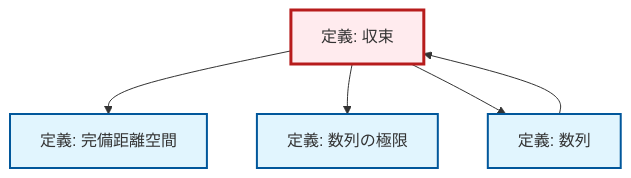
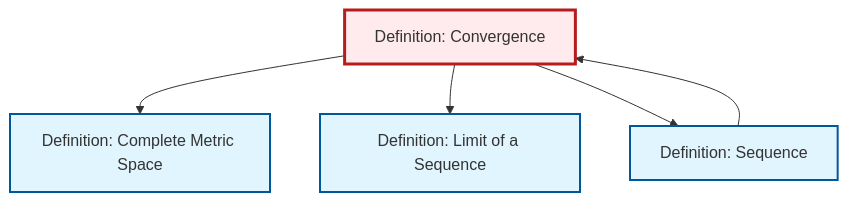
The diagram in content/ja/analysis/def-convergence.qmd (RK0429/ModernMath), drawn with Mermaid before and after one commit. The commit also changed 203 other files, not shown here.

````diff
--- a/content/ja/analysis/def-convergence.qmd
+++ b/content/ja/analysis/def-convergence.qmd
@@ -77,22 +77,18 @@
 ```{mermaid}
-%%| fig-cap: "ローカル依存関係グラフ"
+%%| fig-cap: "Local dependency graph"
 graph TD
     classDef definition fill:#e1f5fe,stroke:#01579b,stroke-width:2px
     classDef theorem fill:#f3e5f5,stroke:#4a148c,stroke-width:2px
     classDef axiom fill:#fff3e0,stroke:#e65100,stroke-width:2px
     classDef example fill:#e8f5e9,stroke:#1b5e20,stroke-width:2px
     classDef current fill:#ffebee,stroke:#b71c1c,stroke-width:3px
-    def-complete-metric-space["定義: 完備距離空間"]:::definition
-    def-limit["定義: 数列の極限"]:::definition
-    def-convergence["定義: 収束"]:::definition
-    def-sequence["定義: 数列"]:::definition
+    def-complete-metric-space["Definition: Complete Metric Space"]:::definition
+    def-limit["Definition: Limit of a Sequence"]:::definition
+    def-convergence["Definition: Convergence"]:::definition
+    def-sequence["Definition: Sequence"]:::definition
     def-convergence --> def-complete-metric-space
     def-convergence --> def-limit
     def-sequence --> def-convergence
     def-convergence --> def-sequence
     class def-convergence current
-
-    click def-complete-metric-space "def-complete-metric-space.html" "Go to 定義: 完備距離空間"
-    click def-limit "def-limit.html" "Go to 定義: 数列の極限"
-    click def-sequence "def-sequence.html" "Go to 定義: 数列"
 ```
````
